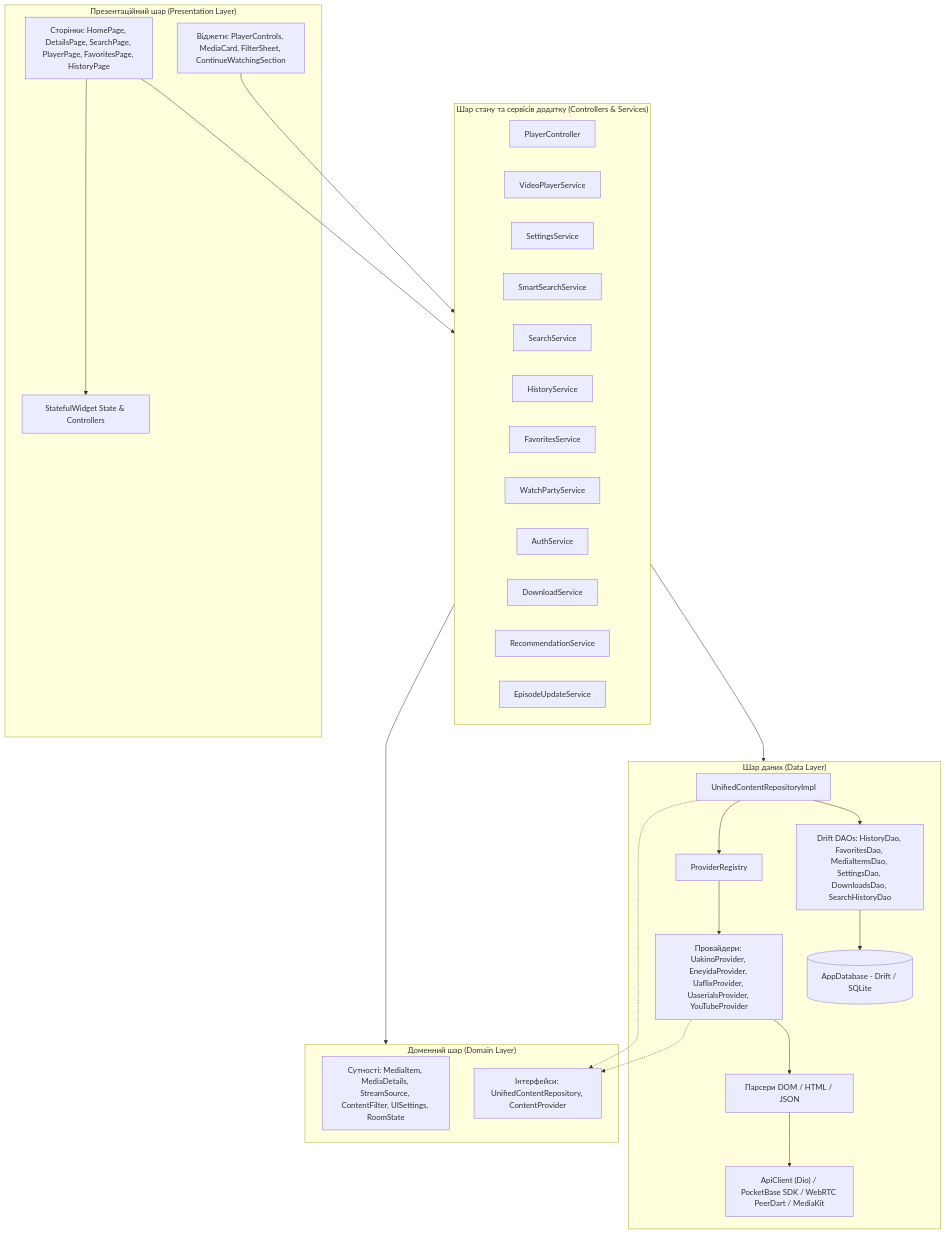
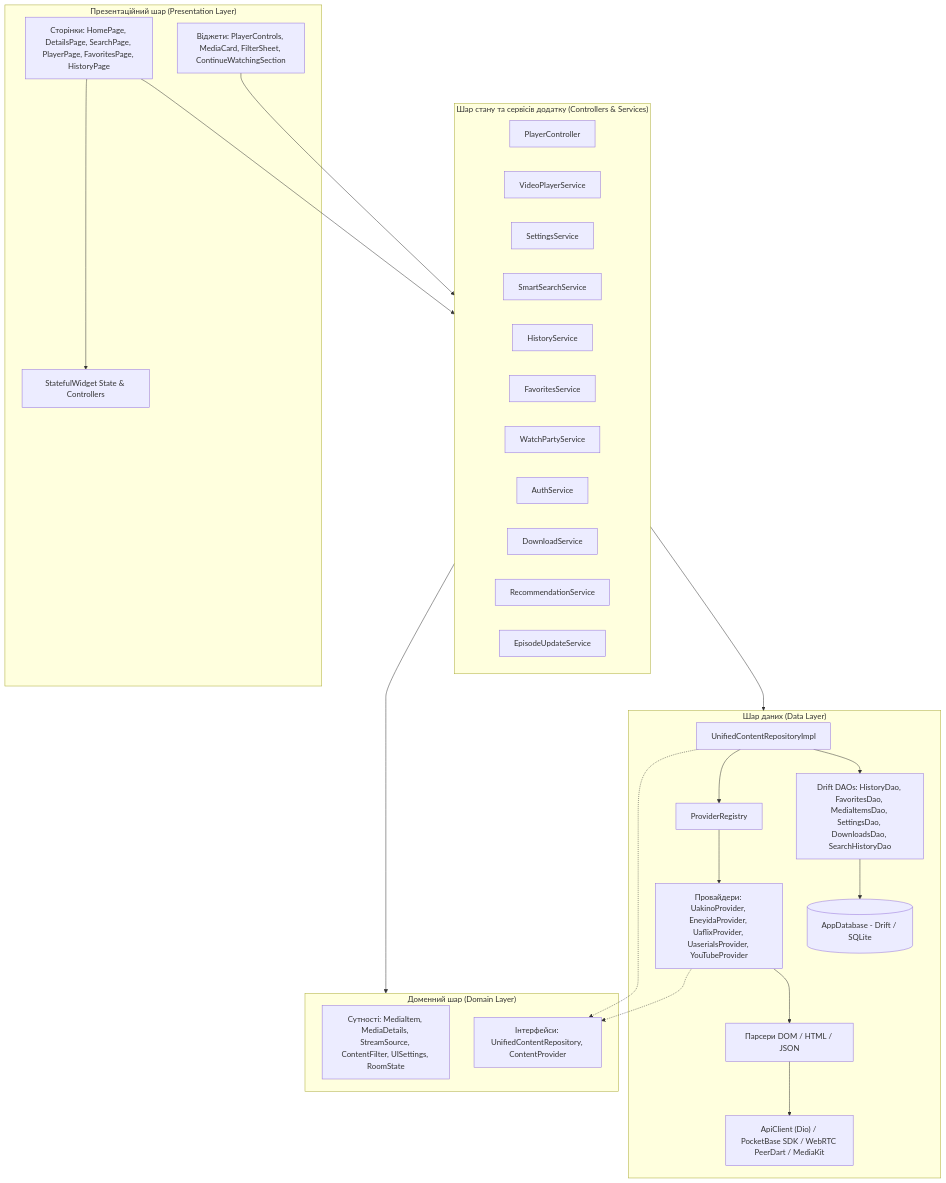
Before and after one commit to edhases/kadrbox: the first of 11 diagrams in docs/05_STATE_MANAGEMENT_AND_WORKFLOWS.md, drawn with Mermaid. The commit also changed other lines of this file and 10 other files, not shown here.

````diff
--- a/docs/05_STATE_MANAGEMENT_AND_WORKFLOWS.md
+++ b/docs/05_STATE_MANAGEMENT_AND_WORKFLOWS.md
@@ -28,52 +28,51 @@
 ```mermaid
 flowchart TD
     subgraph PresentationLayer ["Презентаційний шар (Presentation Layer)"]
         UI_Pages["Сторінки: HomePage, DetailsPage, SearchPage, PlayerPage, FavoritesPage, HistoryPage"]
         UI_Widgets["Віджети: PlayerControls, MediaCard, FilterSheet, ContinueWatchingSection"]
         LocalState["StatefulWidget State & Controllers"]
     end
 
     subgraph ControllersServices ["Шар стану та сервісів додатку (Controllers & Services)"]
         PC[PlayerController]
         VPS[VideoPlayerService]
         SS[SettingsService]
         SSS[SmartSearchService]
-        SrS[SearchService]
         HS[HistoryService]
         FS[FavoritesService]
         WPS[WatchPartyService]
         AS[AuthService]
         DS[DownloadService]
         RS[RecommendationService]
         EUS[EpisodeUpdateService]
     end
 
     subgraph DomainLayer ["Доменний шар (Domain Layer)"]
         Entities["Сутності: MediaItem, MediaDetails, StreamSource, ContentFilter, UISettings, RoomState"]
         Repos["Інтерфейси: UnifiedContentRepository, ContentProvider"]
     end
 
     subgraph DataLayer ["Шар даних (Data Layer)"]
         UCRI[UnifiedContentRepositoryImpl]
         PR[ProviderRegistry]
         Providers["Провайдери: UakinoProvider, EneyidaProvider, UaflixProvider, UaserialsProvider, YouTubeProvider"]
         Parsers["Парсери DOM / HTML / JSON"]
         DAOs["Drift DAOs: HistoryDao, FavoritesDao, MediaItemsDao, SettingsDao, DownloadsDao, SearchHistoryDao"]
         AppDB[(AppDatabase - Drift / SQLite)]
         Network["ApiClient (Dio) / PocketBase SDK / WebRTC PeerDart / MediaKit"]
     end
 
     UI_Pages --> ControllersServices
     UI_Widgets --> ControllersServices
     UI_Pages --> LocalState
     ControllersServices --> DomainLayer
     ControllersServices --> DataLayer
     UCRI -.-> Repos
     Providers -.-> Repos
     UCRI --> PR
     UCRI --> DAOs
     PR --> Providers
     Providers --> Parsers
     Parsers --> Network
     DAOs --> AppDB
 ```
````
